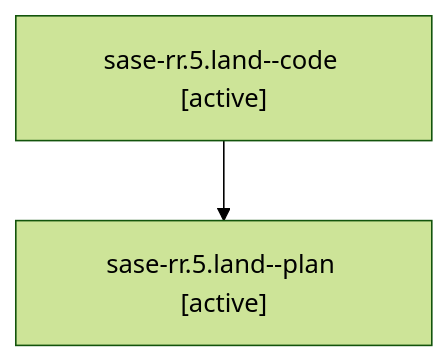
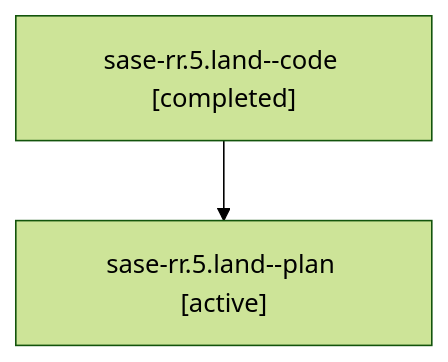
The diagram in families/bbugyi200.athena.sase-rr.5.land.md (sase-org/sase--agents), drawn with Mermaid (forest theme) before and after one commit. The commit also changed other lines of this file and 35830 other files, not shown here.

````diff
--- a/families/bbugyi200.athena.sase-rr.5.land.md
+++ b/families/bbugyi200.athena.sase-rr.5.land.md
@@ -9,6 +9,6 @@
 ```mermaid
 flowchart TD
-  n0["sase-rr.5.land--code [active]"]
+  n0["sase-rr.5.land--code [completed]"]
   n1["sase-rr.5.land--plan [active]"]
   n0 --> n1
 ```
````
